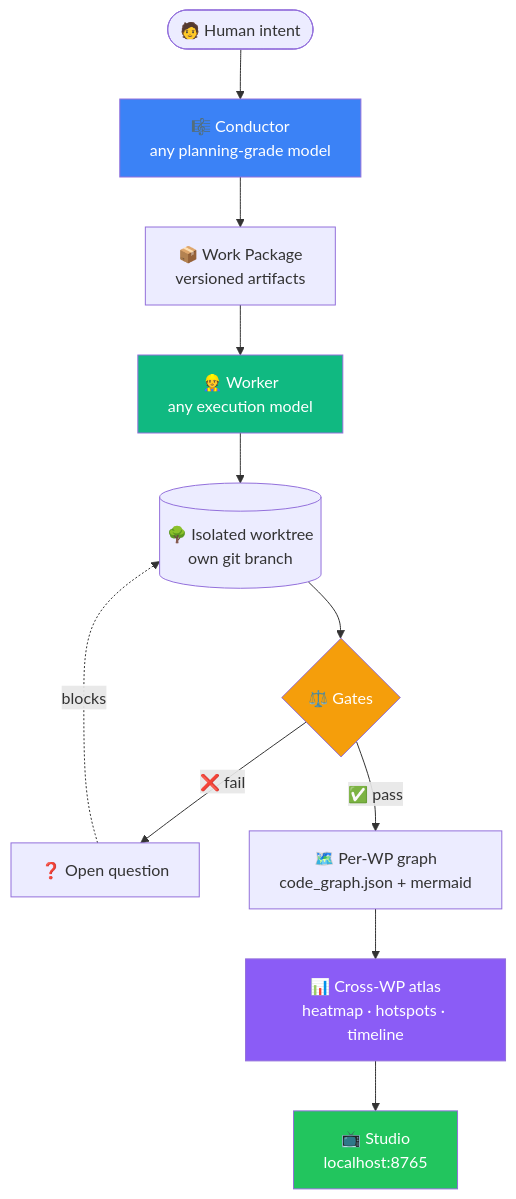
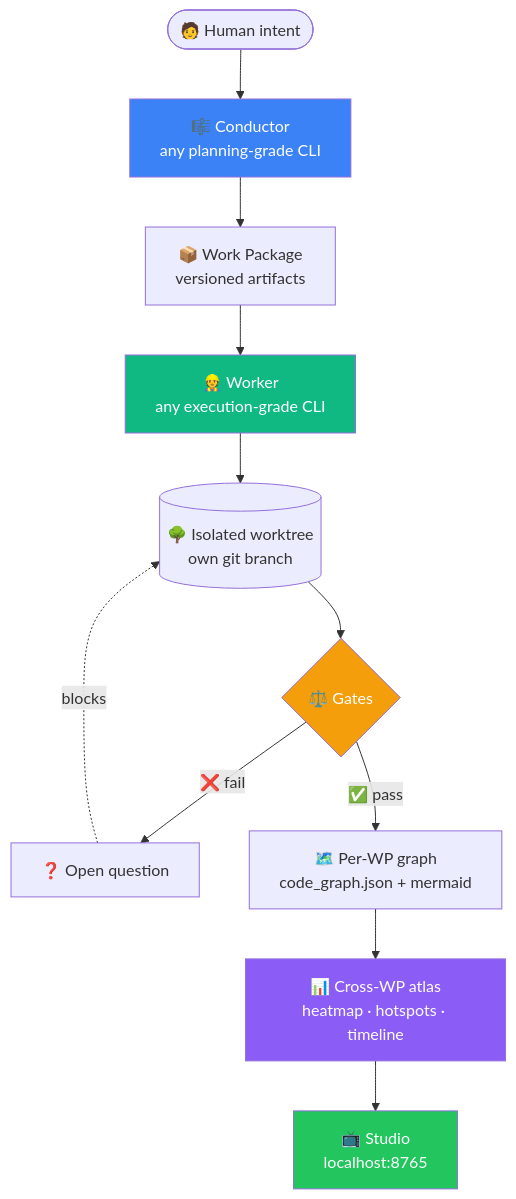
One commit to MiguelAAR10/tcad-h changed the first of 4 diagrams in README.md. Above: the diagram before and after it, drawn with Mermaid. The commit also changed other lines of this file and 43 other files, not shown here.

````diff
--- a/README.md
+++ b/README.md
@@ -47,20 +49,18 @@
 ```mermaid
 flowchart TB
-    H([🧑 Human intent]) --> C[🎼 Conductor<br/>any planning-grade model]
+    H([🧑 Human intent]) --> C[🎼 Conductor<br/>any planning-grade CLI]
     C --> WP[📦 Work Package<br/>versioned artifacts]
-    WP --> W[👷 Worker<br/>any execution model]
+    WP --> W[👷 Worker<br/>any execution-grade CLI]
     W --> WT[(🌳 Isolated worktree<br/>own git branch)]
     WT --> E{⚖️ Gates}
     E -->|❌ fail| Q[❓ Open question]
     E -->|✅ pass| G[🗺️ Per-WP graph<br/>code_graph.json + mermaid]
     G --> A[📊 Cross-WP atlas<br/>heatmap · hotspots · timeline]
     A --> S[📺 Studio<br/>localhost:8765]
-
     Q -.blocks.-> WT
-
     style C fill:#3b82f6,color:#fff
     style W fill:#10b981,color:#fff
     style E fill:#f59e0b,color:#fff
     style A fill:#8b5cf6,color:#fff
     style S fill:#22c55e,color:#fff
 ```
````
